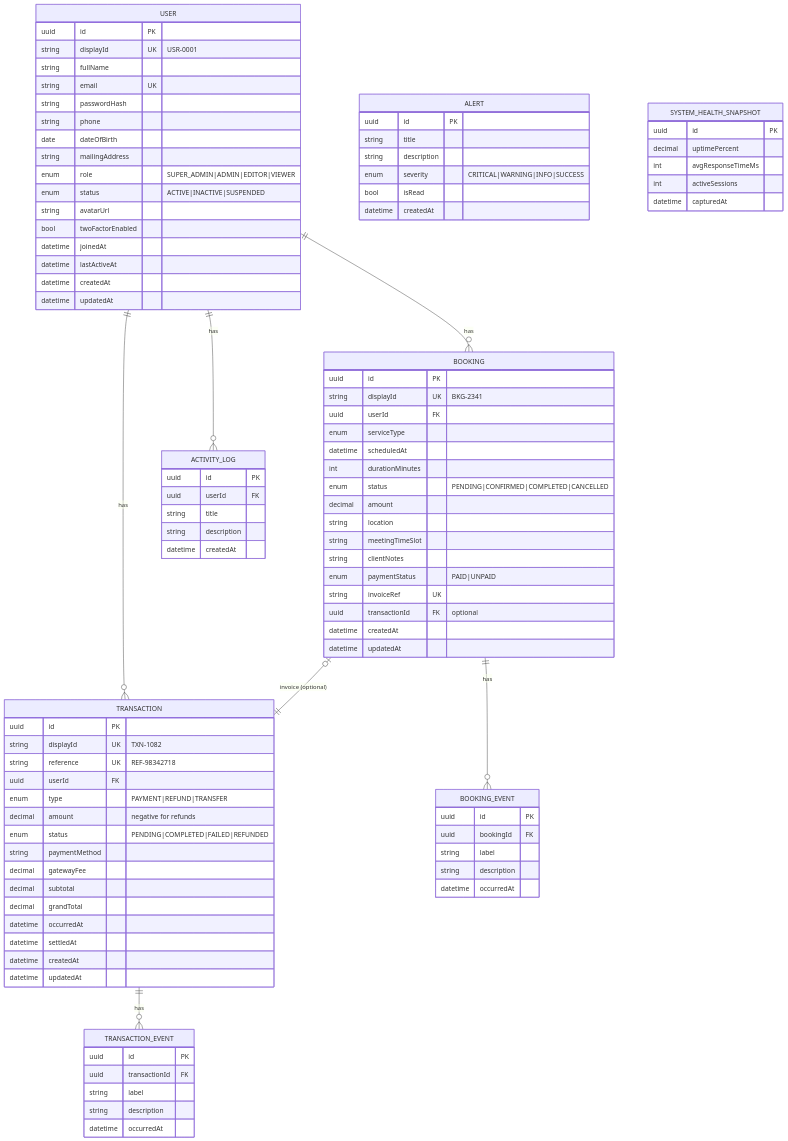
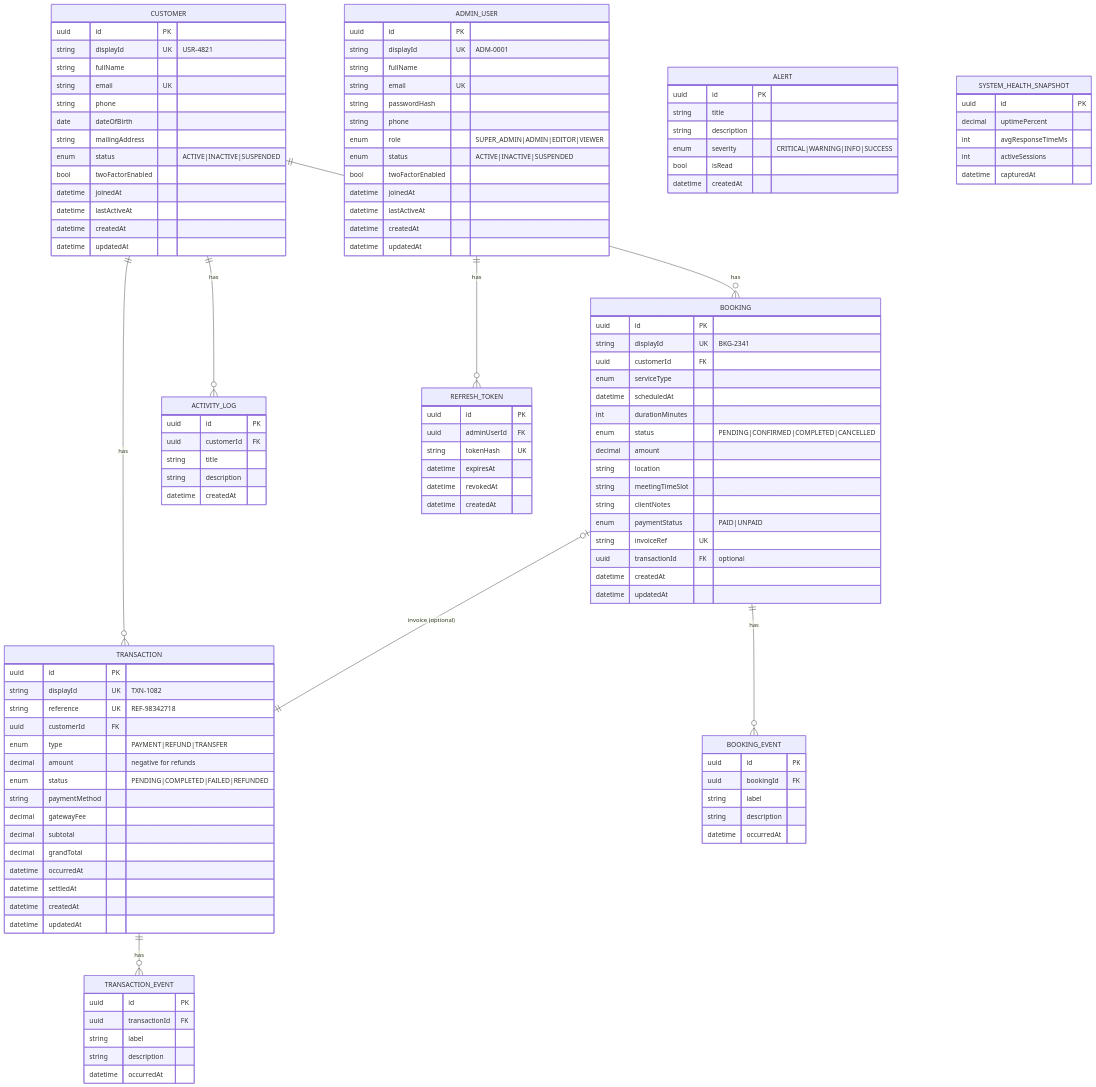
One commit to mnmsagar/admin_miles_assist changed the diagram in docs/ER_DIAGRAM.md. Above: the diagram before and after it, drawn with Mermaid. The commit also changed other lines of this file and 38 other files, not shown here.

First line of the commit message:
refactor: split users into AdminUser (portal) and Customer (website)

````diff
--- a/docs/ER_DIAGRAM.md
+++ b/docs/ER_DIAGRAM.md
@@ -3,24 +8,38 @@
 ```mermaid
 erDiagram
-    USER ||--o{ TRANSACTION : "has"
-    USER ||--o{ BOOKING : "has"
-    USER ||--o{ ACTIVITY_LOG : "has"
+    CUSTOMER ||--o{ TRANSACTION : "has"
+    CUSTOMER ||--o{ BOOKING : "has"
+    CUSTOMER ||--o{ ACTIVITY_LOG : "has"
+    ADMIN_USER ||--o{ REFRESH_TOKEN : "has"
     TRANSACTION ||--o{ TRANSACTION_EVENT : "has"
     BOOKING ||--o{ BOOKING_EVENT : "has"
     BOOKING |o--|| TRANSACTION : "invoice (optional)"
 
-    USER {
+    ADMIN_USER {
         uuid id PK
-        string displayId UK "USR-0001"
+        string displayId UK "ADM-0001"
         string fullName
         string email UK
         string passwordHash
         string phone
+        enum role "SUPER_ADMIN|ADMIN|EDITOR|VIEWER"
+        enum status "ACTIVE|INACTIVE|SUSPENDED"
+        bool twoFactorEnabled
+        datetime joinedAt
+        datetime lastActiveAt
+        datetime createdAt
+        datetime updatedAt
+    }
+
+    CUSTOMER {
+        uuid id PK
+        string displayId UK "USR-4821"
+        string fullName
+        string email UK
+        string phone
         date dateOfBirth
         string mailingAddress
-        enum role "SUPER_ADMIN|ADMIN|EDITOR|VIEWER"
         enum status "ACTIVE|INACTIVE|SUSPENDED"
-        string avatarUrl
         bool twoFactorEnabled
         datetime joinedAt
         datetime lastActiveAt
@@ -32,7 +51,7 @@
         uuid id PK
         string displayId UK "TXN-1082"
         string reference UK "REF-98342718"
-        uuid userId FK
+        uuid customerId FK
         enum type "PAYMENT|REFUND|TRANSFER"
         decimal amount "negative for refunds"
         enum status "PENDING|COMPLETED|FAILED|REFUNDED"
@@ -57,7 +76,7 @@
     BOOKING {
         uuid id PK
         string displayId UK "BKG-2341"
-        uuid userId FK
+        uuid customerId FK
         enum serviceType
         datetime scheduledAt
         int durationMinutes
@@ -83,9 +102,18 @@
 
     ACTIVITY_LOG {
         uuid id PK
-        uuid userId FK
+        uuid customerId FK
         string title
         string description
+        datetime createdAt
+    }
+
+    REFRESH_TOKEN {
+        uuid id PK
+        uuid adminUserId FK
+        string tokenHash UK
+        datetime expiresAt
+        datetime revokedAt
         datetime createdAt
     }
 
````
